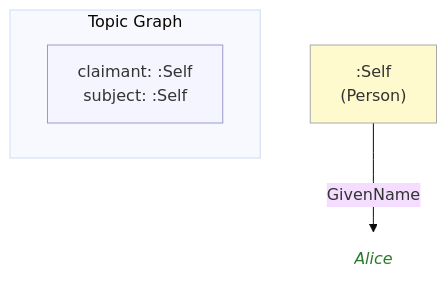
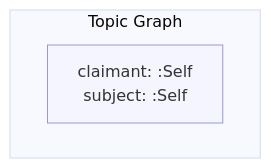
One commit to MeeFoundation/mia-ontologies changed the diagram in example/topics/images/topic-33.mmd. Above: the diagram before and after it, drawn with Mermaid (base theme). The commit also changed 4 other files, not shown here.

```diff
--- a/example/topics/images/topic-33.mmd
+++ b/example/topics/images/topic-33.mmd
@@ -1,15 +1,10 @@
 flowchart TD
     classDef person fill:#fffacd,stroke:#aaa,color:#333
     classDef org    fill:#cce5ff,stroke:#aaa,color:#333
     classDef lit    fill:none,stroke:none,font-style:italic,color:#2a7a2a
     classDef meta   fill:#f5f5ff,stroke:#9999cc,color:#333
 
     subgraph ctx["Topic Graph"]
         direction LR
         ctx_meta["claimant: :Self\nsubject: :Self"]:::meta
     end
-
-    ne0c3ba92f1db[":Self\n(Person)"]:::person
-    n764a7ce99f40("Alice"):::lit
-
-    ne0c3ba92f1db -->|"GivenName"| n764a7ce99f40
```
